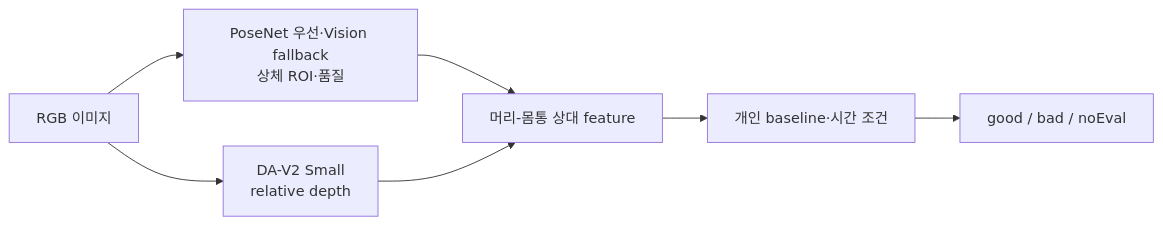
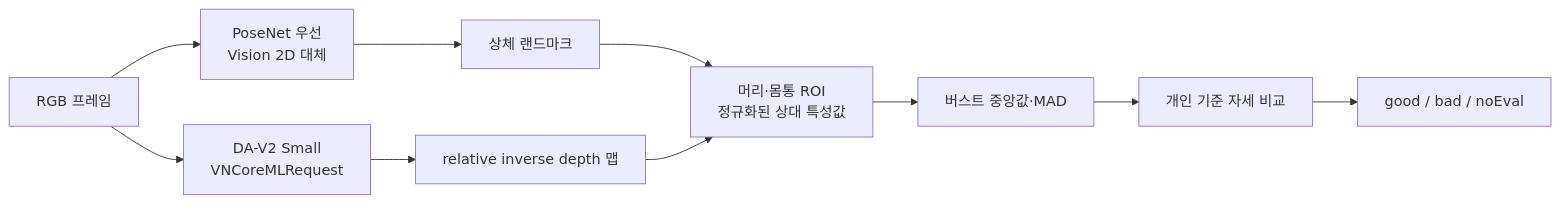
Before and after one commit to kimchanhyung98/turtlemeck: the diagram in docs/depth-estimation/README.md, drawn with Mermaid. The commit also changed other lines of this file and 84 other files, not shown here.

````diff
--- a/docs/depth-estimation/README.md
+++ b/docs/depth-estimation/README.md
@@ -27,9 +25,12 @@
 ```mermaid
 flowchart LR
-    A["RGB 이미지"] --> B["PoseNet 우선·Vision fallback<br/>상체 ROI·품질"]
-    A --> C["DA-V2 Small<br/>relative depth"]
-    B --> D["머리-몸통 상대 feature"]
-    C --> D
-    D --> E["개인 baseline·시간 조건"]
-    E --> F["good / bad / noEval"]
+    RGB["RGB 프레임"] --> POSE["PoseNet 우선<br/>Vision 2D 대체"]
+    RGB --> DEPTH["DA-V2 Small<br/>VNCoreMLRequest"]
+    POSE --> LANDMARKS["상체 랜드마크"]
+    DEPTH --> MAP["relative inverse depth 맵"]
+    LANDMARKS --> FEATURE["머리·몸통 ROI<br/>정규화된 상대 특성값"]
+    MAP --> FEATURE
+    FEATURE --> BURST["버스트 중앙값·MAD"]
+    BURST --> BASELINE["개인 기준 자세 비교"]
+    BASELINE --> RESULT["good / bad / noEval"]
 ```
````
